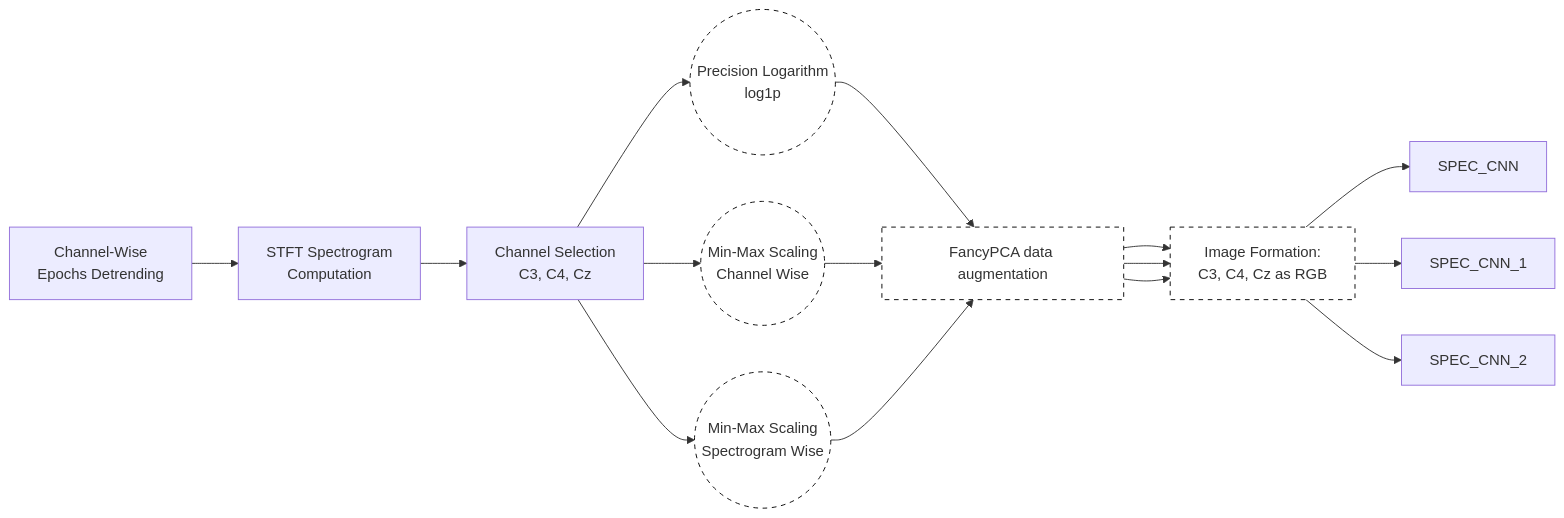
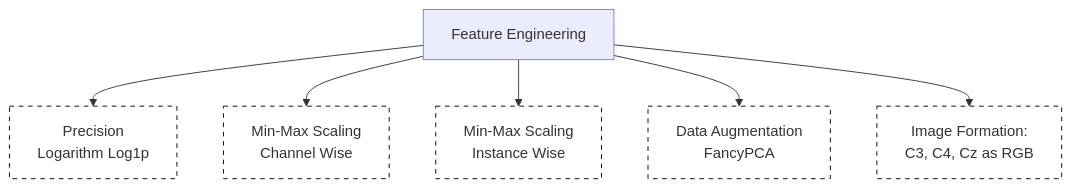
The second of 2 diagrams in README.md (emmanuel-olateju/elbow_MI), drawn with Mermaid before and after one commit. The commit also changed other lines of this file, not shown here.

Commit message:
Update README.md <-- Update Pipeline

````diff
--- a/README.md
+++ b/README.md
@@ -9,26 +34,18 @@
 ```mermaid
-graph LR
-A[Channel-Wise <br/> Epochs Detrending] 
-B[STFT Spectrogram <br/> Computation]
-C[Channel Selection <br/> C3, C4, Cz]
+graph TD
+D[Feature Engineering]
+D1[Precision <br/> Logarithm Log1p]
+D2[Min-Max Scaling <br/> Channel Wise]
+D3[Min-Max Scaling <br/> Instance Wise]
+D4[Data Augmentation <br/> FancyPCA]
+D5[Image Formation: <br/> C3, C4, Cz as RGB] 
 
-D1((Precision Logarithm <br/> log1p))
-D2((Min-Max Scaling <br/> Channel Wise))
-D3((Min-Max Scaling <br/> Spectrogram Wise))
+D --> D1
+D --> D2
+D --> D3
+D --> D4
+D --> D5
 
-E[FancyPCA data augmentation]
-F[Image Formation: <br/> C3, C4, Cz as RGB]
-
-
-A --> B --> C
-    C --> D1
-    C --> D2
-    C --> D3
-	D1 --> E --> F --> SPEC_CNN
-    D2 --> E --> F --> SPEC_CNN_1
-    D3 --> E --> F --> SPEC_CNN_2
-
-class D1,D2,D3,E,F optional
+class D1,D2,D3,D4,D5 optional
 classDef optional fill:#ffffff,stroke:#000000,stroke-dasharray: 5 5
-
- ```
+```
````
